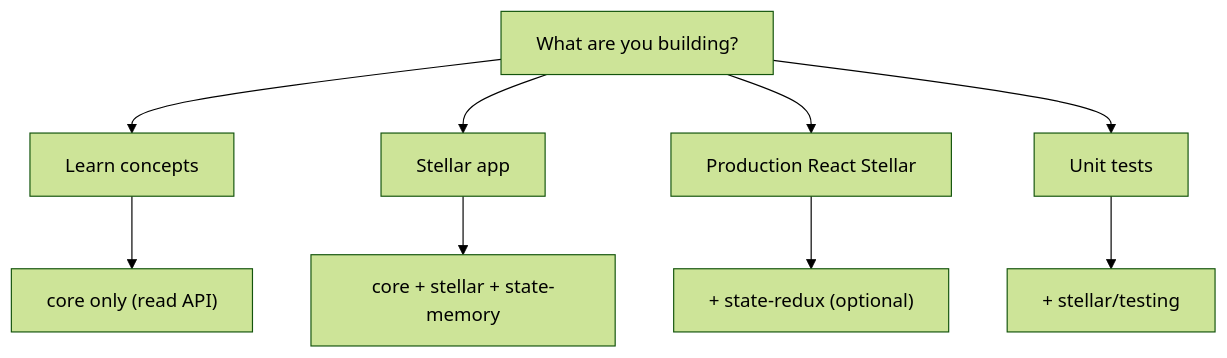
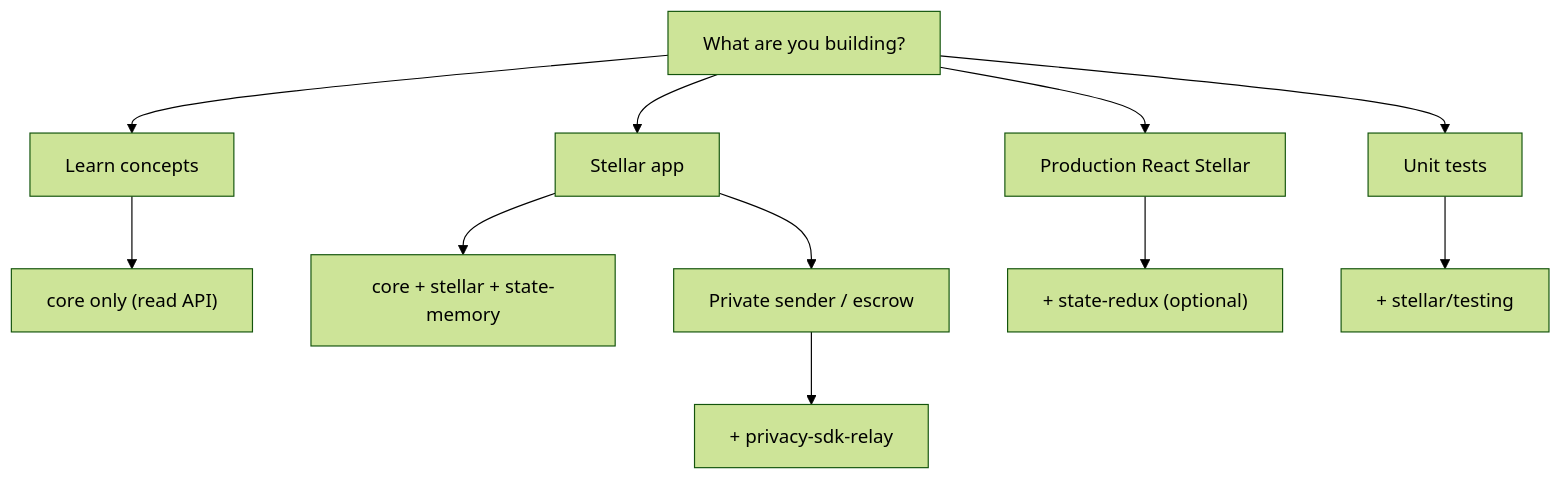
Before and after one commit to Polynom-Labs/privacy-layer-confidential-sdk: the second of 2 diagrams in docs/overview/packages.mdx, drawn with Mermaid (forest theme). The commit also changed other lines of this file and 5 other files, not shown here.

Commit message:
docs: document published @arcanetech/privacy-sdk-relay npm package

````diff
--- a/docs/overview/packages.mdx
+++ b/docs/overview/packages.mdx
@@ -94,18 +108,20 @@
 ```mermaid
 flowchart TD
   Start[What are you building?]
   Learn[Learn concepts]
   StellarApp[Stellar app]
   ReactProd[Production React Stellar]
   Tests[Unit tests]
 
   Start --> Learn
   Start --> StellarApp
   Start --> ReactProd
   Start --> Tests
 
   Learn --> CoreOnly["core only (read API)"]
   StellarApp --> StellarStack["core + stellar + state-memory"]
+  StellarApp --> PrivateSender[Private sender / escrow]
+  PrivateSender --> Relay["+ privacy-sdk-relay"]
   ReactProd --> ReduxStack["+ state-redux (optional)"]
   Tests --> Testing["+ stellar/testing"]
 ```
````
